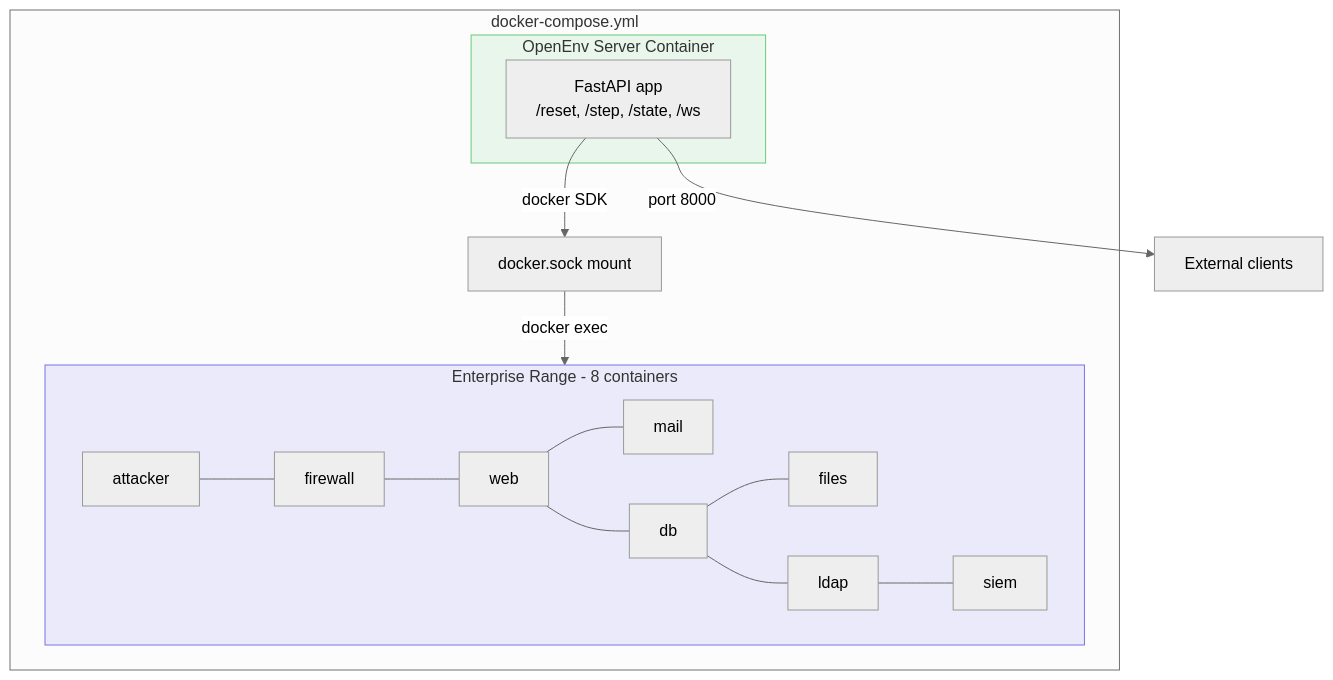
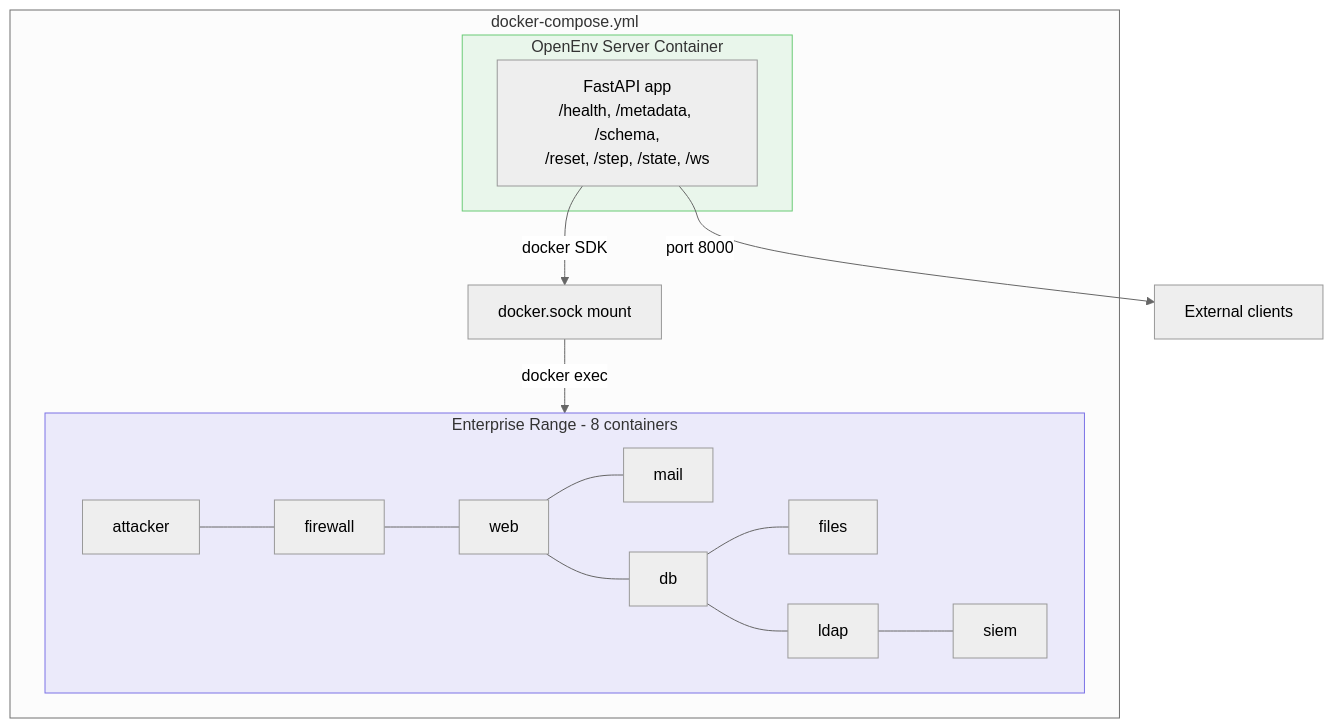
One commit to venca-labs/open-range changed the diagram in docs/openenv-compliance.md. Above: the diagram before and after it, drawn with Mermaid (neutral theme). The commit also changed other lines of this file and 87 other files, not shown here.

````diff
--- a/docs/openenv-compliance.md
+++ b/docs/openenv-compliance.md
@@ -32,22 +54,22 @@
 ```mermaid
 flowchart TD
     subgraph compose [docker-compose.yml]
         subgraph server [OpenEnv Server Container]
-            APP[FastAPI app<br/>/reset, /step, /state, /ws]
+            APP[FastAPI app<br/>/health, /metadata, /schema,<br/>/reset, /step, /state, /ws]
         end
         subgraph range [Enterprise Range - 8 containers]
             ATK[attacker] --- FW[firewall]
             FW --- WEB[web] --- MAIL[mail]
             WEB --- DB[db] --- FILES[files]
             DB --- LDAP[ldap] --- SIEM[siem]
         end
         SOCK[docker.sock mount]
     end
 
     APP -->|docker SDK| SOCK
     SOCK -->|docker exec| range
     APP -->|port 8000| EXT[External clients]
 
     style server fill:#6bcb7722,stroke:#6bcb77
     style range fill:#7c73e622,stroke:#7c73e6
 ```
````
